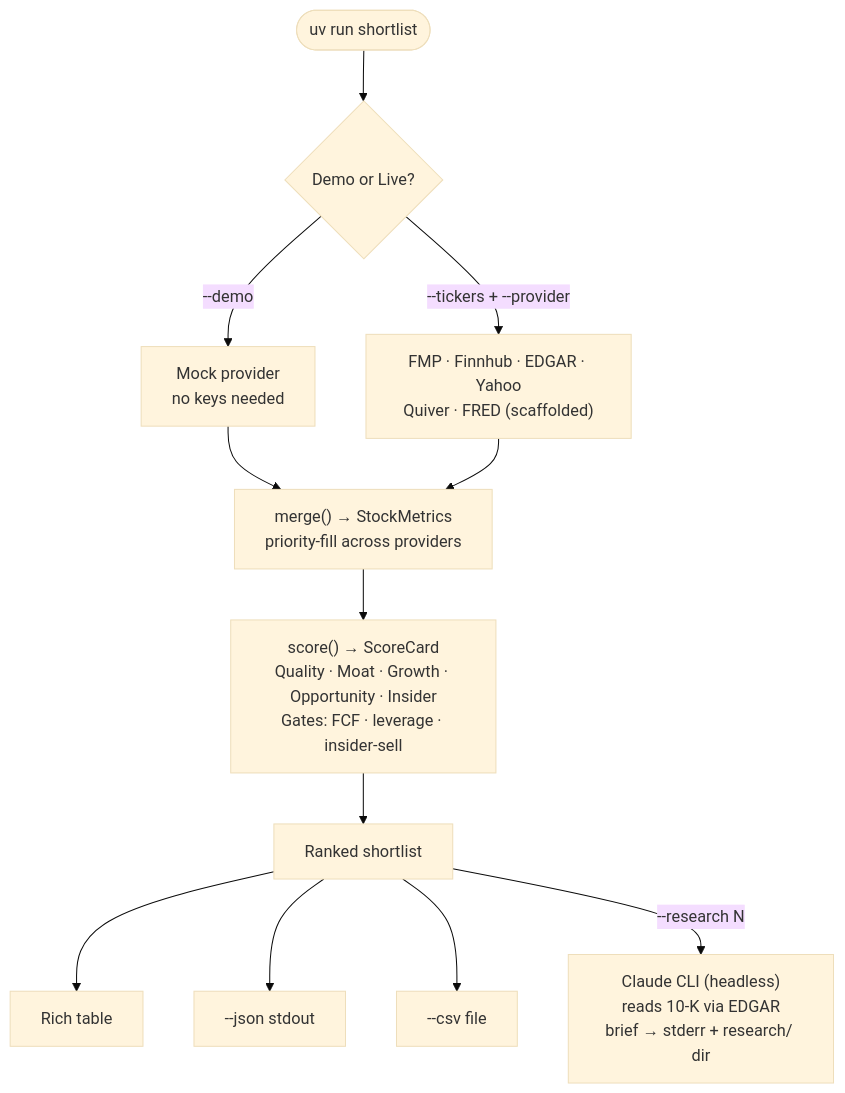
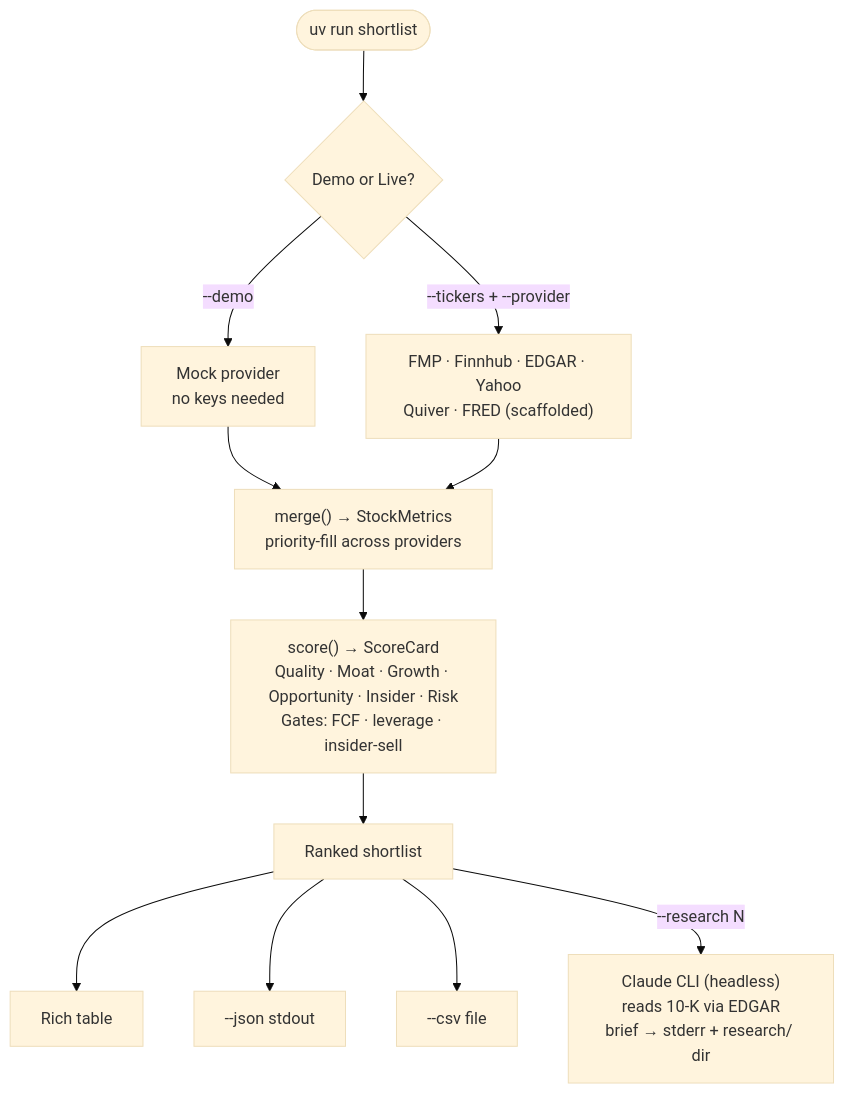
One commit to christurgeon/shortlist changed the first of 2 diagrams in README.md. Above: the diagram before and after it, drawn with Mermaid (base theme). The commit also changed other lines of this file and 3 other files, not shown here.

````diff
--- a/README.md
+++ b/README.md
@@ -14,21 +26,21 @@
 ```mermaid
 flowchart TD
     A(["uv run shortlist"])
     A --> B{Demo or Live?}
 
     B -->|"--demo"| C["Mock provider\nno keys needed"]
     B -->|"--tickers + --provider"| D["FMP · Finnhub · EDGAR · Yahoo\nQuiver · FRED (scaffolded)"]
 
     C --> E["merge() → StockMetrics\npriority-fill across providers"]
     D --> E
 
-    E --> F["score() → ScoreCard\nQuality · Moat · Growth · Opportunity · Insider\nGates: FCF · leverage · insider-sell"]
+    E --> F["score() → ScoreCard\nQuality · Moat · Growth · Opportunity · Insider · Risk\nGates: FCF · leverage · insider-sell"]
 
     F --> G[Ranked shortlist]
 
     G --> I[Rich table]
     G --> J["--json stdout"]
     G --> K["--csv file"]
 
     G -->|"--research N"| H["Claude CLI (headless)\nreads 10-K via EDGAR\nbrief → stderr + research/ dir"]
 ```
````
